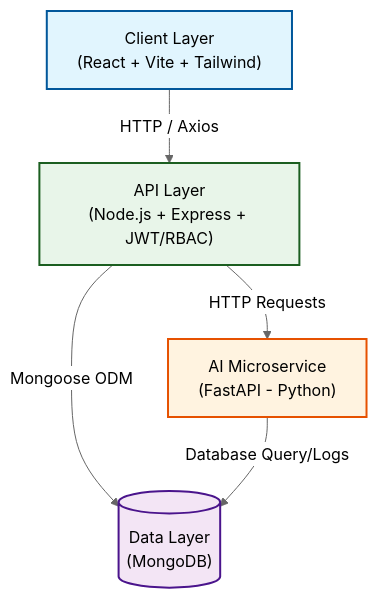
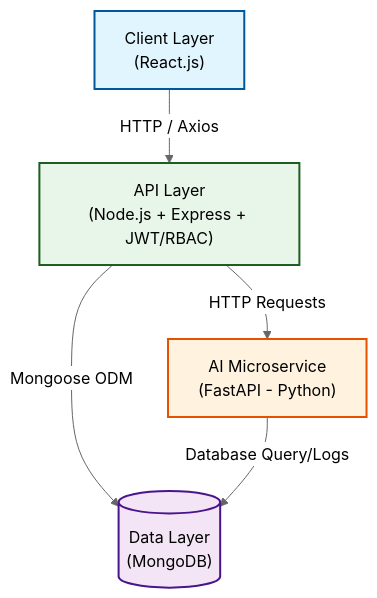
One commit to Sudeeppp-Mishra/TraceGov changed the diagram in README.md. Above: the diagram before and after it, drawn with Mermaid (neutral theme). The commit also changed other lines of this file, not shown here.

Commit message:
docs: use standard React.js tech stack and keep only Mermaid diagram

````diff
--- a/README.md
+++ b/README.md
@@ -80,20 +58,20 @@
 ```mermaid
 graph TD
     %% Define Styles
     classDef client fill:#e1f5fe,stroke:#01579b,stroke-width:2px,color:#000;
     classDef api fill:#e8f5e9,stroke:#1b5e20,stroke-width:2px,color:#000;
     classDef ai fill:#fff3e0,stroke:#e65100,stroke-width:2px,color:#000;
     classDef db fill:#f3e5f5,stroke:#4a148c,stroke-width:2px,color:#000;
 
     %% Define Nodes
-    Client["Client Layer<br>(React + Vite + Tailwind)"]:::client
+    Client["Client Layer<br>(React.js)"]:::client
     API["API Layer<br>(Node.js + Express + JWT/RBAC)"]:::api
     AI["AI Microservice<br>(FastAPI - Python)"]:::ai
     DB[("Data Layer<br>(MongoDB)")]:::db
 
     %% Define Connections
     Client -->|HTTP / Axios| API
     API -->|Mongoose ODM| DB
     API -->|HTTP Requests| AI
     AI -->|Database Query/Logs| DB
 ```
````
